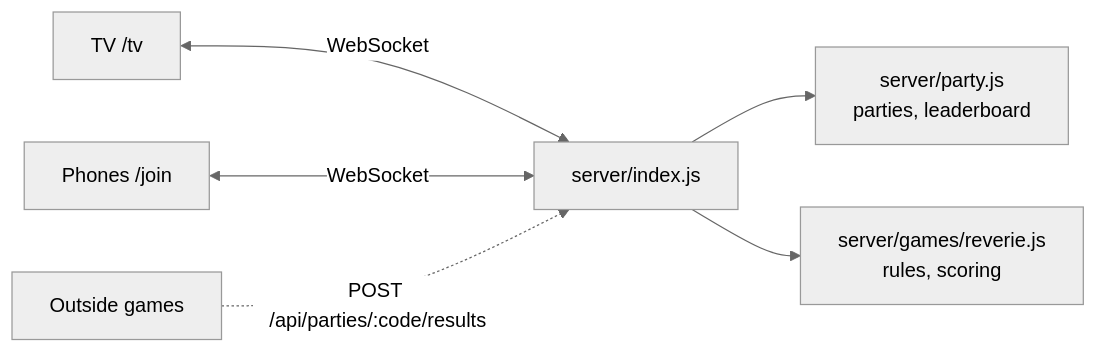
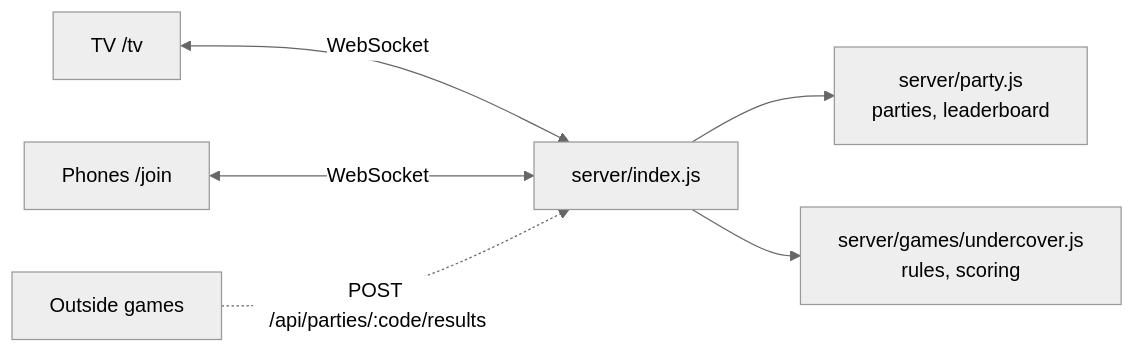
The diagram in README.md (MayurJivani/Shaam), drawn with Mermaid (neutral theme) before and after one commit. The commit also changed other lines of this file and 403 other files, not shown here.

First line of the commit message:
Undercover replaces Reverie; every game starts from the front page

````diff
--- a/README.md
+++ b/README.md
@@ -85,8 +77,8 @@
 ```mermaid
 flowchart LR
   TV["TV /tv"] <-- WebSocket --> Relay
   Phones["Phones /join"] <-- WebSocket --> Relay
   Relay["server/index.js"] --> Party["server/party.js<br/>parties, leaderboard"]
-  Relay --> Reverie["server/games/reverie.js<br/>rules, scoring"]
+  Relay --> Undercover["server/games/undercover.js<br/>rules, scoring"]
   Outside["Outside games"] -. "POST /api/parties/:code/results" .-> Relay
 ```
````
